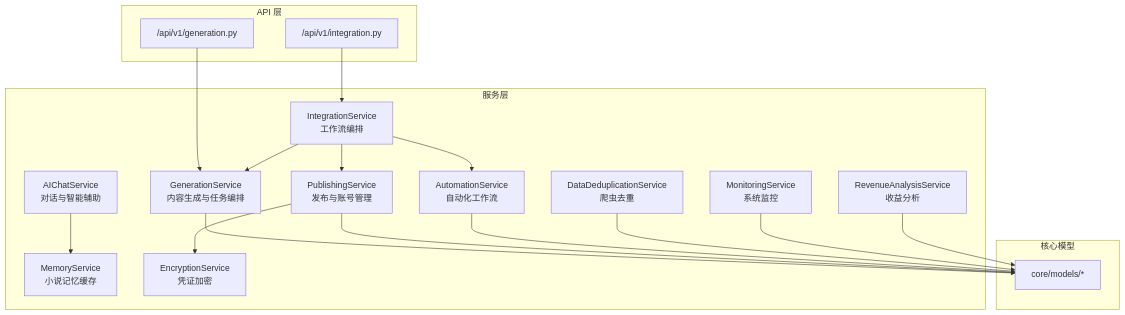
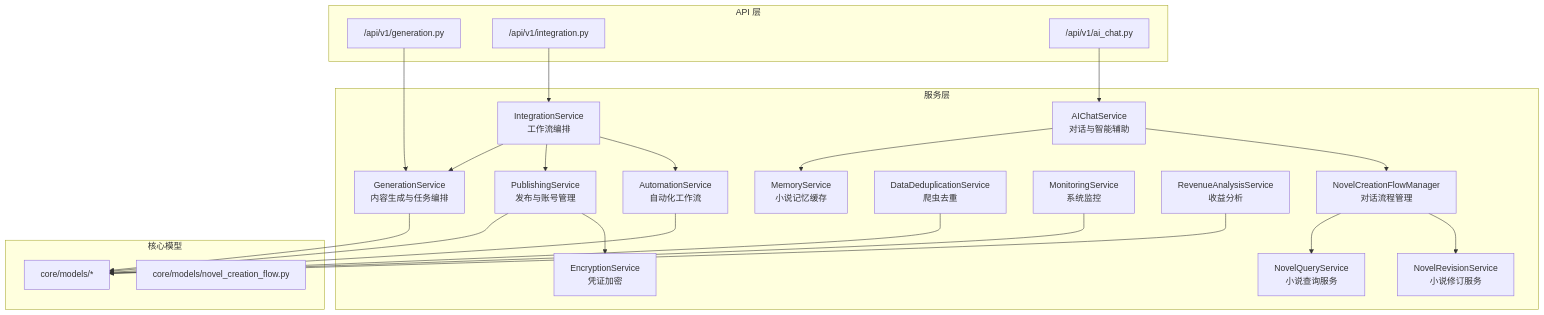
One commit to xfbyxq/ai-novel-system changed the first of 8 diagrams in .qoder/repowiki/zh/content/后端架构/服务层设计.md. Above: the diagram before and after it, drawn with Mermaid. The commit also changed other lines of this file and 84 other files, not shown here.

````diff
--- a/.qoder/repowiki/zh/content/后端架构/服务层设计.md
+++ b/.qoder/repowiki/zh/content/后端架构/服务层设计.md
@@ -46,35 +56,44 @@
 ```mermaid
 graph TB
 subgraph "API 层"
 A1["/api/v1/generation.py"]
 A2["/api/v1/integration.py"]
+A3["/api/v1/ai_chat.py"]
 end
 subgraph "服务层"
 S1["GenerationService<br/>内容生成与任务编排"]
 S2["PublishingService<br/>发布与账号管理"]
 S3["IntegrationService<br/>工作流编排"]
 S4["AIChatService<br/>对话与智能辅助"]
 S5["AutomationService<br/>自动化工作流"]
 S6["MemoryService<br/>小说记忆缓存"]
 S7["DataDeduplicationService<br/>爬虫去重"]
 S8["MonitoringService<br/>系统监控"]
 S9["RevenueAnalysisService<br/>收益分析"]
 S10["EncryptionService<br/>凭证加密"]
+S11["NovelCreationFlowManager<br/>对话流程管理"]
+S12["NovelQueryService<br/>小说查询服务"]
+S13["NovelRevisionService<br/>小说修订服务"]
 end
 subgraph "核心模型"
 M1["core/models/*"]
+M2["core/models/novel_creation_flow.py"]
 end
 A1 --> S1
 A2 --> S3
+A3 --> S4
 S3 --> S1
 S3 --> S2
 S3 --> S5
 S1 --> M1
 S2 --> M1
 S5 --> M1
 S4 --> S6
+S4 --> S11
+S11 --> S12
+S11 --> S13
 S2 --> S10
 S7 --> M1
 S8 --> M1
 S9 --> M1
 ```
````
